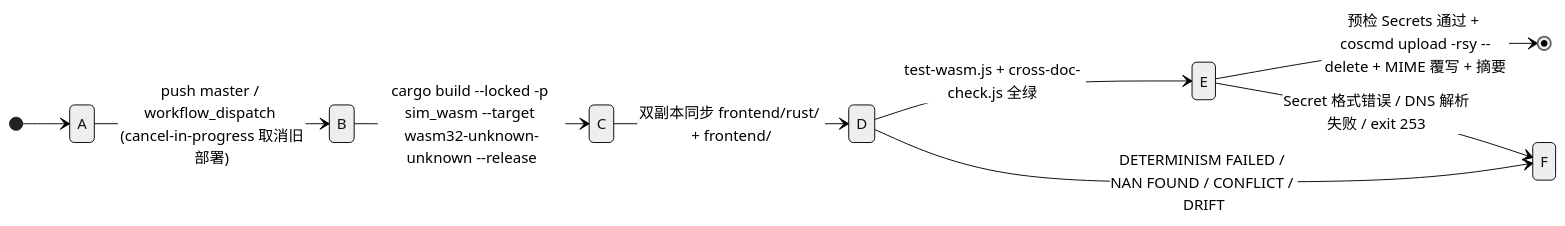
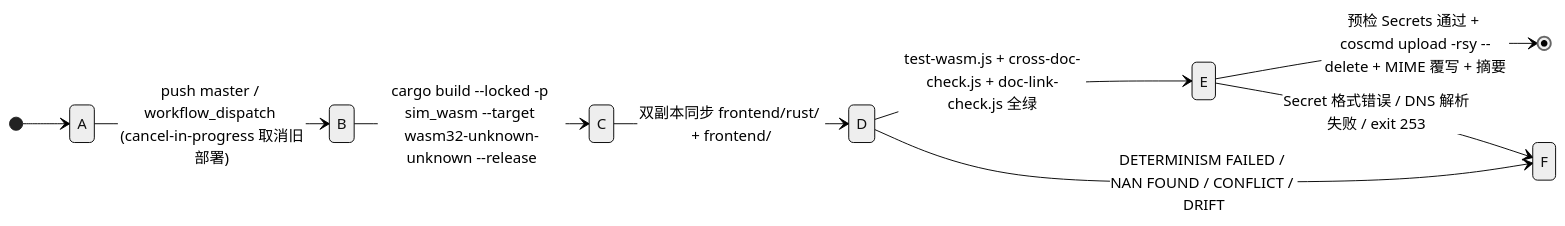
The first of 2 diagrams in docs/current/tech/26-cicd.md (g39088902/FlowAndAccord), drawn with Mermaid (neutral theme) before and after one commit. The commit also changed other lines of this file and 42 other files, not shown here.

````diff
--- a/docs/current/tech/26-cicd.md
+++ b/docs/current/tech/26-cicd.md
@@ -13,12 +13,12 @@
 ```mermaid
 stateDiagram-v2
     direction LR
     [*] --> A
     A --> B : push master / workflow_dispatch (cancel-in-progress 取消旧部署)
     B --> C : cargo build --locked -p sim_wasm --target wasm32-unknown-unknown --release
     C --> D : 双副本同步 frontend/rust/ + frontend/
-    D --> E : test-wasm.js + cross-doc-check.js 全绿
+    D --> E : test-wasm.js + cross-doc-check.js + doc-link-check.js 全绿
     E --> [*] : 预检 Secrets 通过 + coscmd upload -rsy --delete + MIME 覆写 + 摘要
     D --> F : DETERMINISM FAILED / NAN FOUND / CONFLICT / DRIFT
     E --> F : Secret 格式错误 / DNS 解析失败 / exit 253
 ```
````
